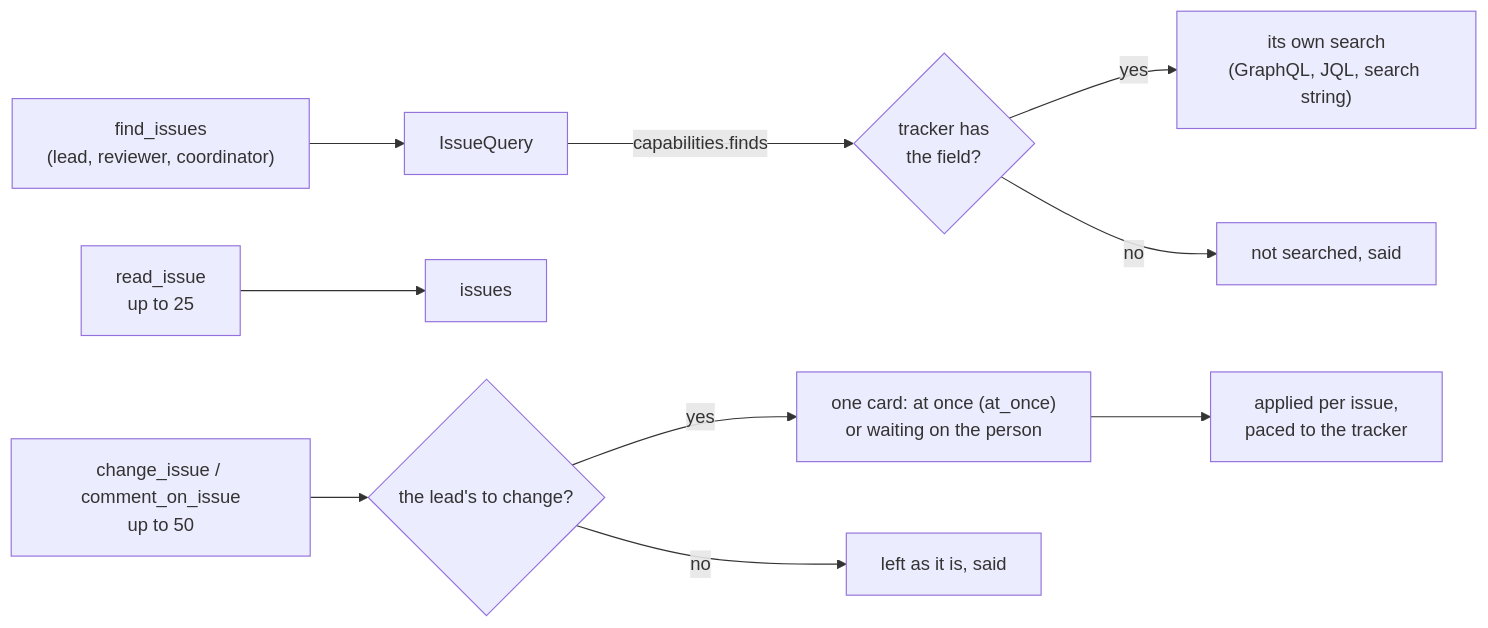
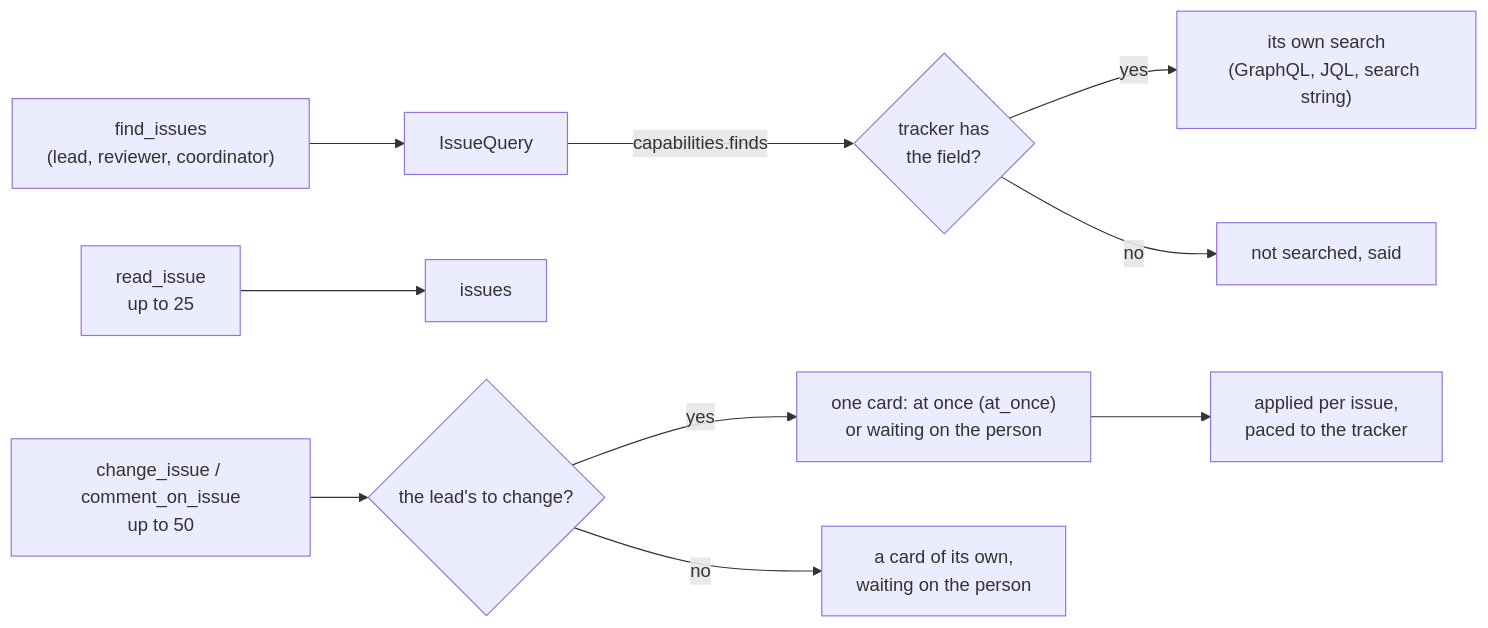
One commit to AltharIDE/althar changed the first of 2 diagrams in docs/architecture/06-integrations-and-skills.md. Above: the diagram before and after it, drawn with Mermaid. The commit also changed other lines of this file and 4 other files, not shown here.

First line of the commit message:
A lead's change or comment on an issue that isn't its own waits on a card for the person

````diff
--- a/docs/architecture/06-integrations-and-skills.md
+++ b/docs/architecture/06-integrations-and-skills.md
@@ -829,12 +830,12 @@
 ```mermaid
 flowchart LR
   F["find_issues<br/>(lead, reviewer, coordinator)"] --> Q[IssueQuery]
   Q -->|capabilities.finds| T{tracker has<br/>the field?}
   T -- yes --> S["its own search<br/>(GraphQL, JQL, search string)"]
   T -- no --> N[not searched, said]
   R["read_issue<br/>up to 25"] --> I[issues]
   C["change_issue / comment_on_issue<br/>up to 50"] --> G{the lead's to change?}
   G -- yes --> K["one card: at once (at_once)<br/>or waiting on the person"]
-  G -- no --> L[left as it is, said]
+  G -- no --> L["a card of its own,<br/>waiting on the person"]
   K --> P["applied per issue,<br/>paced to the tracker"]
 ```
````
